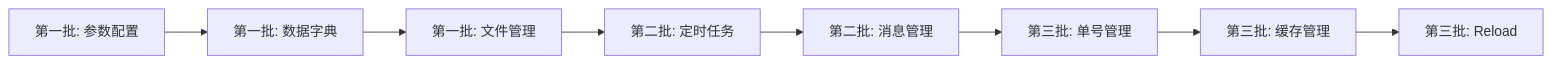
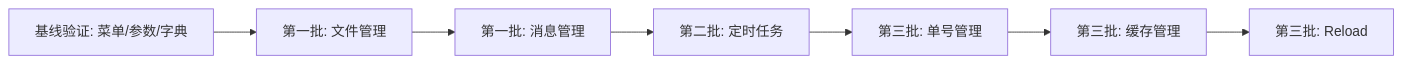
Diagram 12 of 12 in docs/superpowers/specs/2026-07-04-system-settings-integration-design.md (TDXM1001/hunyuan-pro), drawn with Mermaid before and after one commit. The commit also changed other lines of this file, not shown here.

````diff
--- a/docs/superpowers/specs/2026-07-04-system-settings-integration-design.md
+++ b/docs/superpowers/specs/2026-07-04-system-settings-integration-design.md
@@ -559,10 +610,9 @@
 ```mermaid
 flowchart LR
-  A["第一批: 参数配置"] --> B["第一批: 数据字典"]
-  B --> C["第一批: 文件管理"]
+  A["基线验证: 菜单/参数/字典"] --> B["第一批: 文件管理"]
+  B --> C["第一批: 消息管理"]
   C --> D["第二批: 定时任务"]
-  D --> E["第二批: 消息管理"]
-  E --> F["第三批: 单号管理"]
-  F --> G["第三批: 缓存管理"]
-  G --> H["第三批: Reload"]
+  D --> E["第三批: 单号管理"]
+  E --> F["第三批: 缓存管理"]
+  F --> G["第三批: Reload"]
 ```
````
